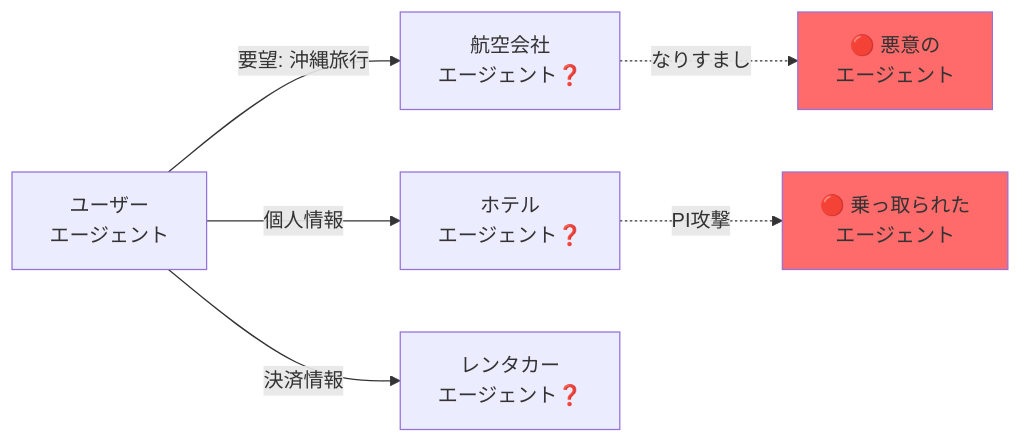
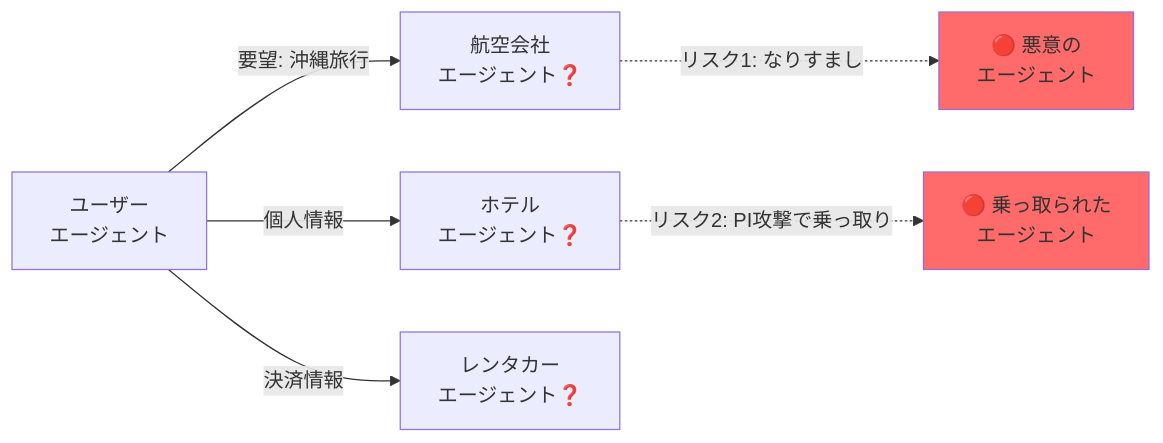
Before and after one commit to TaichiHiromatsu/secure-ai-agent-matching-platform: the first of 4 diagrams in README.md, drawn with Mermaid. The commit also changed other lines of this file, not shown here.

````diff
--- a/README.md
+++ b/README.md
@@ -45,12 +55,12 @@
 ```mermaid
 graph LR
     A[ユーザー<br/>エージェント] -->|要望: 沖縄旅行| B[航空会社<br/>エージェント❓]
     A -->|個人情報| C[ホテル<br/>エージェント❓]
     A -->|決済情報| D[レンタカー<br/>エージェント❓]
 
-    B -.->|なりすまし| E[🔴 悪意の<br/>エージェント]
-    C -.->|PI攻撃| F[🔴 乗っ取られた<br/>エージェント]
+    B -.->|リスク1: なりすまし| E[🔴 悪意の<br/>エージェント]
+    C -.->|リスク2: PI攻撃で乗っ取り| F[🔴 乗っ取られた<br/>エージェント]
 
     style E fill:#ff6b6b
     style F fill:#ff6b6b
 ```
````
